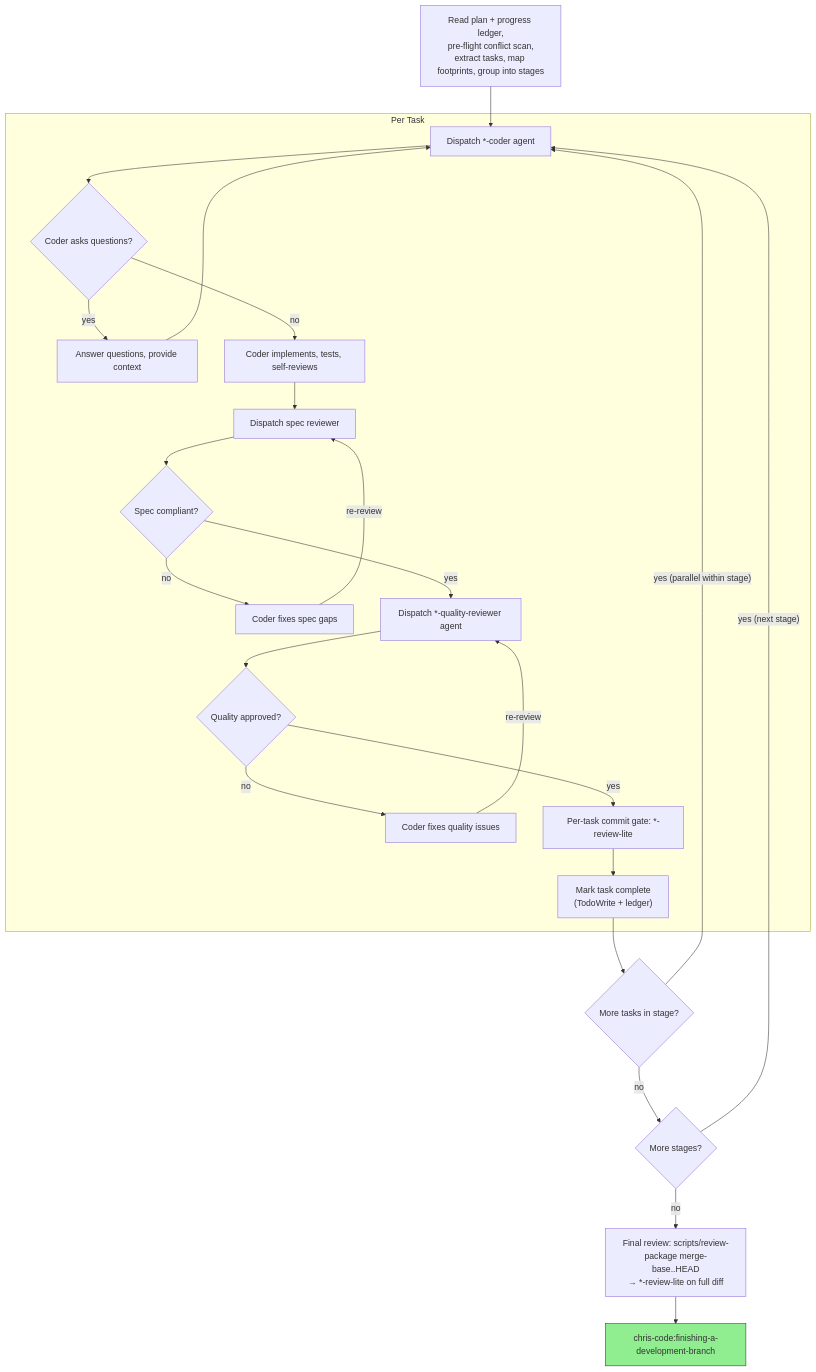
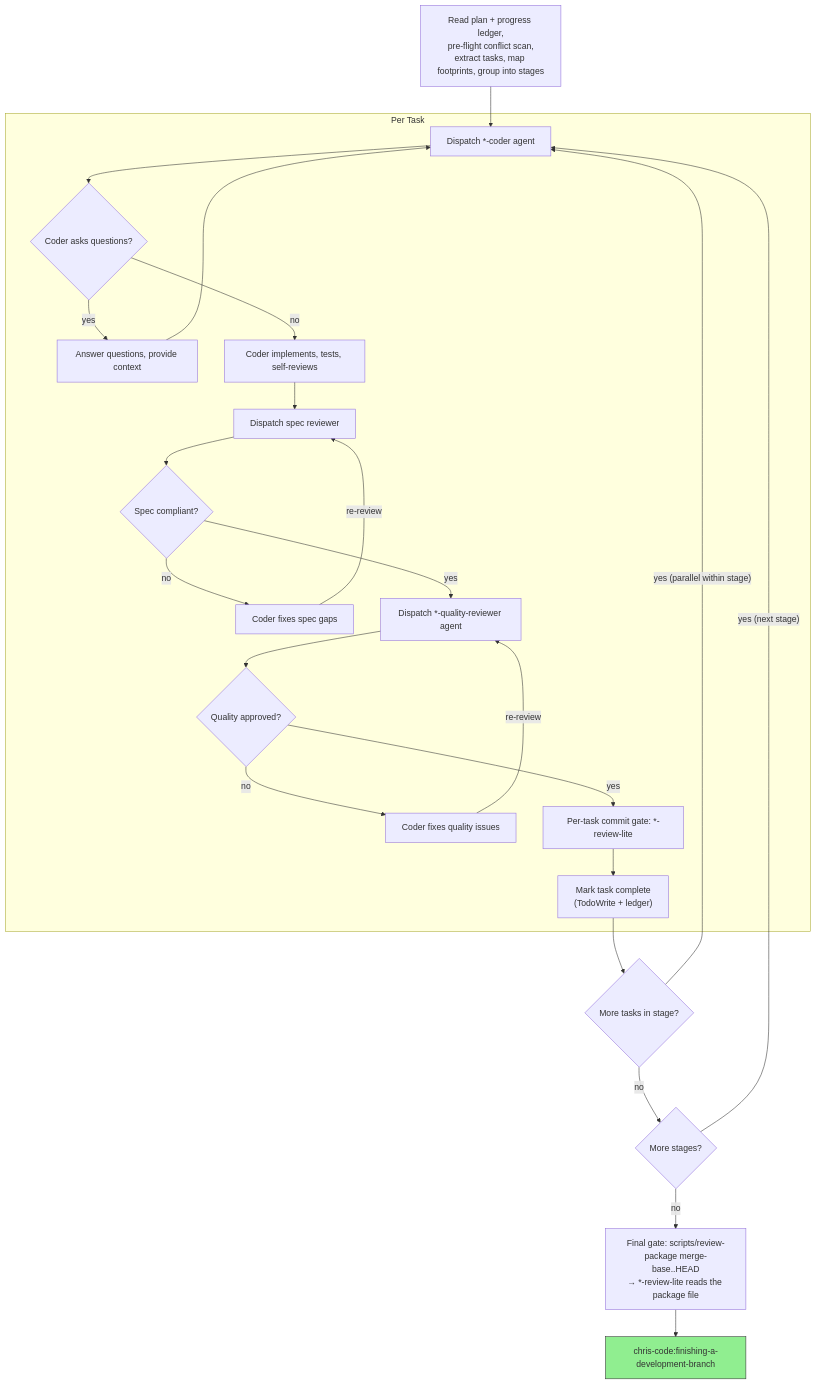
The diagram in chris-code/skills/subagent-driven-development/SKILL.md (chris-santiago/claude-plugins), drawn with Mermaid before and after one commit. The commit also changed other lines of this file and 3 other files, not shown here.

First line of the commit message:
Fix final-gate review-lite no-op (H) and reconnect cycle backstop (G)

````diff
--- a/chris-code/skills/subagent-driven-development/SKILL.md
+++ b/chris-code/skills/subagent-driven-development/SKILL.md
@@ -27,47 +27,47 @@
 ```mermaid
 flowchart TB
     subgraph Per Task
         coder["Dispatch *-coder agent"]
         questions{"Coder asks questions?"}
         answer["Answer questions, provide context"]
         implement["Coder implements, tests, self-reviews"]
         spec_rev["Dispatch spec reviewer"]
         spec_ok{"Spec compliant?"}
         fix_spec["Coder fixes spec gaps"]
         quality_rev["Dispatch *-quality-reviewer agent"]
         quality_ok{"Quality approved?"}
         fix_quality["Coder fixes quality issues"]
         commit_gate["Per-task commit gate: *-review-lite"]
         done["Mark task complete<br/>(TodoWrite + ledger)"]
     end
 
     read["Read plan + progress ledger,<br/>pre-flight conflict scan,<br/>extract tasks, map footprints, group into stages"]
     more_tasks{"More tasks in stage?"}
     more_stages{"More stages?"}
-    final_gate["Final review: scripts/review-package merge-base..HEAD<br/>→ *-review-lite on full diff"]
+    final_gate["Final gate: scripts/review-package merge-base..HEAD<br/>→ *-review-lite reads the package file"]
     finish["chris-code:finishing-a-development-branch"]:::finish
 
     read --> coder
     coder --> questions
     questions -->|yes| answer
     answer --> coder
     questions -->|no| implement
     implement --> spec_rev
     spec_rev --> spec_ok
     spec_ok -->|no| fix_spec
     fix_spec -->|re-review| spec_rev
     spec_ok -->|yes| quality_rev
     quality_rev --> quality_ok
     quality_ok -->|no| fix_quality
     fix_quality -->|re-review| quality_rev
     quality_ok -->|yes| commit_gate
     commit_gate --> done
     done --> more_tasks
     more_tasks -->|"yes (parallel within stage)"| coder
     more_tasks -->|no| more_stages
     more_stages -->|"yes (next stage)"| coder
     more_stages -->|no| final_gate
     final_gate --> finish
 
     classDef finish fill:#90EE90,stroke:#333
 ```
````
